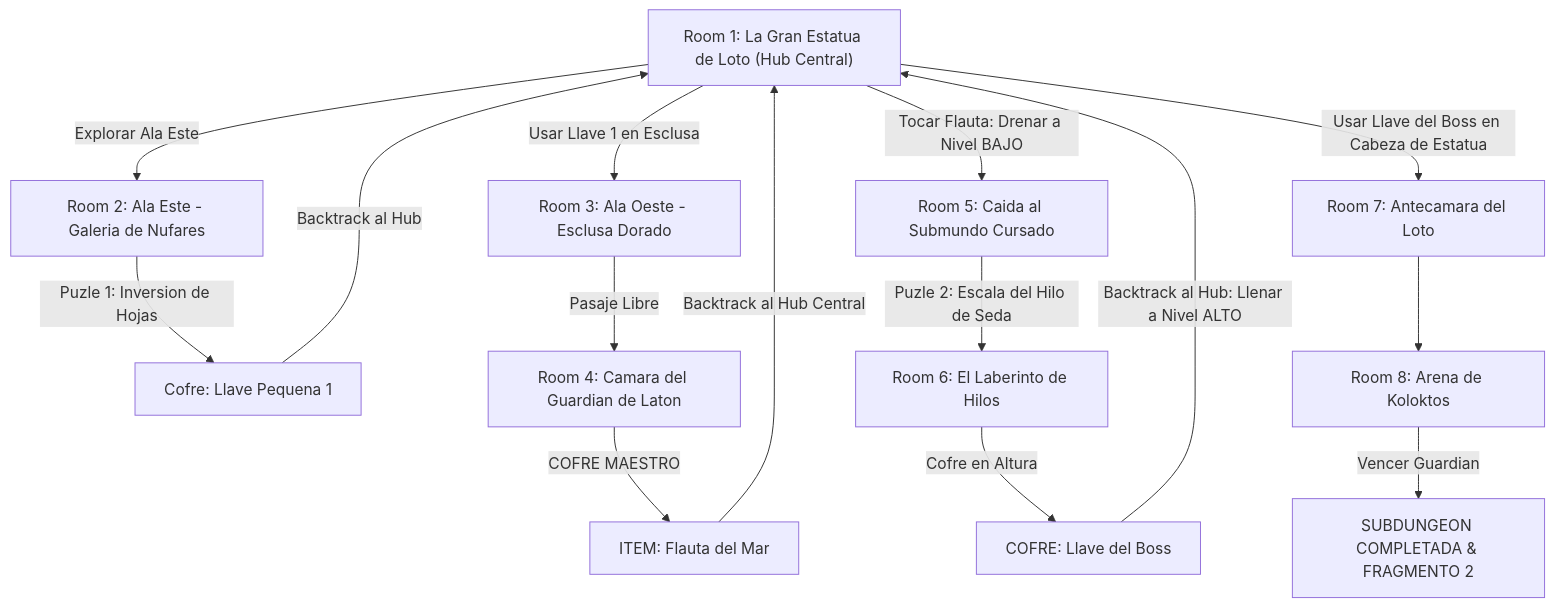
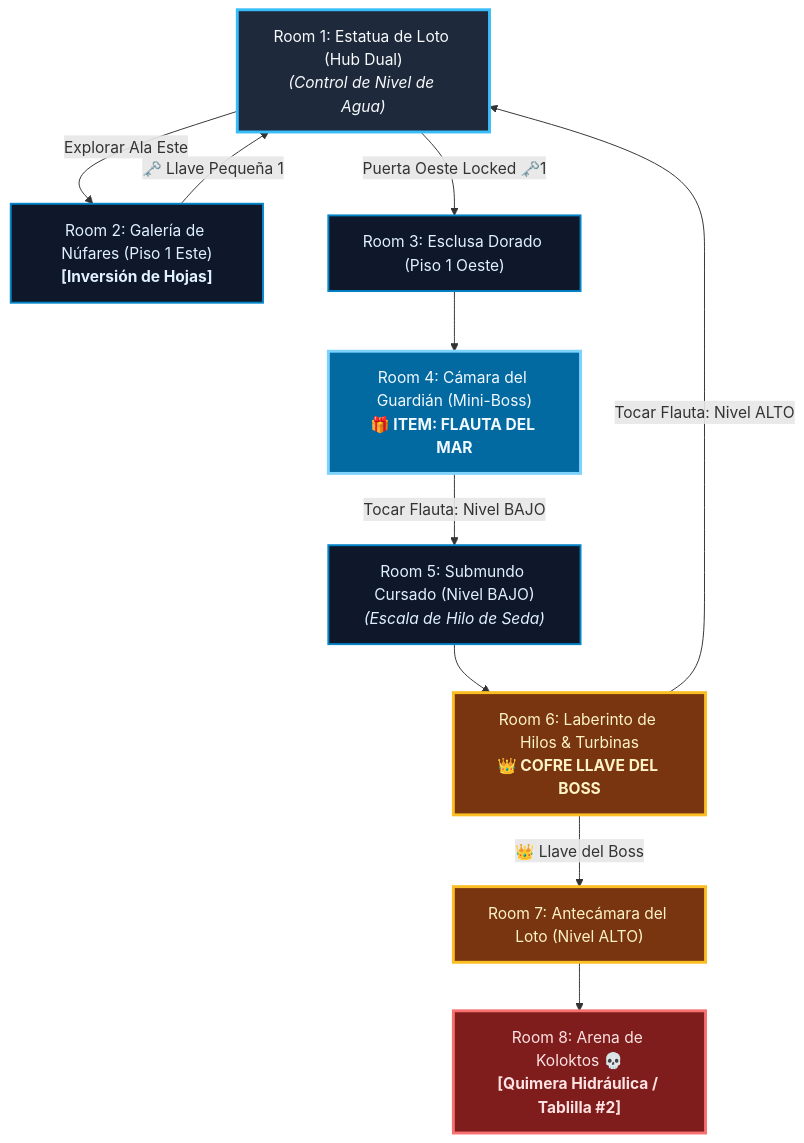
The diagram in 7 - DM/OneShots/ARepeat/Subdungeons/02_Subdungeon_Agua_Cisterna.md (linkmati/ShivathLyss), drawn with Mermaid before and after one commit. The commit also changed other lines of this file and 4 other files, not shown here.

Commit message:
Add visual Mermaid minimap diagrams and progress tables to all 7 subdungeons

````diff
--- a/7 - DM/OneShots/ARepeat/Subdungeons/02_Subdungeon_Agua_Cisterna.md
+++ b/7 - DM/OneShots/ARepeat/Subdungeons/02_Subdungeon_Agua_Cisterna.md
@@ -15,20 +15,24 @@
 ```mermaid
 graph TD
-    S1["Room 1: La Gran Estatua de Loto (Hub Central)"] -->|Explorar Ala Este| S2["Room 2: Ala Este - Galeria de Nufares"]
-    S2 -->|Puzle 1: Inversion de Hojas| S2_Key["Cofre: Llave Pequena 1"]
-    S2_Key -->|Backtrack al Hub| S1
-    
-    S1 -->|Usar Llave 1 en Esclusa| S3["Room 3: Ala Oeste - Esclusa Dorado"]
-    S3 -->|Pasaje Libre| S4["Room 4: Camara del Guardian de Laton"]
-    S4 -->|COFRE MAESTRO| Item["ITEM: Flauta del Mar"]
-    
-    Item -->|Backtrack al Hub Central| S1
-    S1 -->|Tocar Flauta: Drenar a Nivel BAJO| S5["Room 5: Caida al Submundo Cursado"]
-    S5 -->|Puzle 2: Escala del Hilo de Seda| S6["Room 6: El Laberinto de Hilos"]
-    S6 -->|Cofre en Altura| BossKey["COFRE: Llave del Boss"]
-    
-    BossKey -->|Backtrack al Hub: Llenar a Nivel ALTO| S1
-    S1 -->|Usar Llave del Boss en Cabeza de Estatua| S7["Room 7: Antecamara del Loto"]
-    S7 --> S8["Room 8: Arena de Koloktos"]
-    S8 -->|Vencer Guardian| Win["SUBDUNGEON COMPLETADA & FRAGMENTO 2"]
+    classDef hub fill:#1e293b,stroke:#38bdf8,stroke-width:3px,color:#f8fafc;
+    classDef branch fill:#0f172a,stroke:#0284c7,stroke-width:2px,color:#e0f2fe;
+    classDef item fill:#0369a1,stroke:#7dd3fc,stroke-width:3px,color:#f0f9ff;
+    classDef key fill:#78350f,stroke:#fbbf24,stroke-width:3px,color:#fef3c7;
+    classDef boss fill:#7f1d1d,stroke:#f87171,stroke-width:3px,color:#fee2e2;
+
+    S1["Room 1: Estatua de Loto (Hub Dual)<br/><i>(Control de Nivel de Agua)</i>"]:::hub
+    S2["Room 2: Galería de Núfares (Piso 1 Este)<br/><b>[Inversión de Hojas]</b>"]:::branch
+    S3["Room 3: Esclusa Dorado (Piso 1 Oeste)"]:::branch
+    S4["Room 4: Cámara del Guardián (Mini-Boss)<br/><b>🎁 ITEM: FLAUTA DEL MAR</b>"]:::item
+    S5["Room 5: Submundo Cursado (Nivel BAJO)<br/><i>(Escala de Hilo de Seda)</i>"]:::branch
+    S6["Room 6: Laberinto de Hilos & Turbinas<br/><b>👑 COFRE LLAVE DEL BOSS</b>"]:::key
+    S7["Room 7: Antecámara del Loto (Nivel ALTO)"]:::key
+    S8["Room 8: Arena de Koloktos 💀<br/><b>[Quimera Hidráulica / Tablilla #2]</b>"]:::boss
+
+    S1 -->|Explorar Ala Este| S2
+    S2 -->|🗝️ Llave Pequeña 1| S1
+    S1 -->|Puerta Oeste Locked 🗝️1| S3 --> S4
+    S4 -->|Tocar Flauta: Nivel BAJO| S5 --> S6
+    S6 -->|Tocar Flauta: Nivel ALTO| S1
+    S6 -->|👑 Llave del Boss| S7 --> S8
 ```
````
